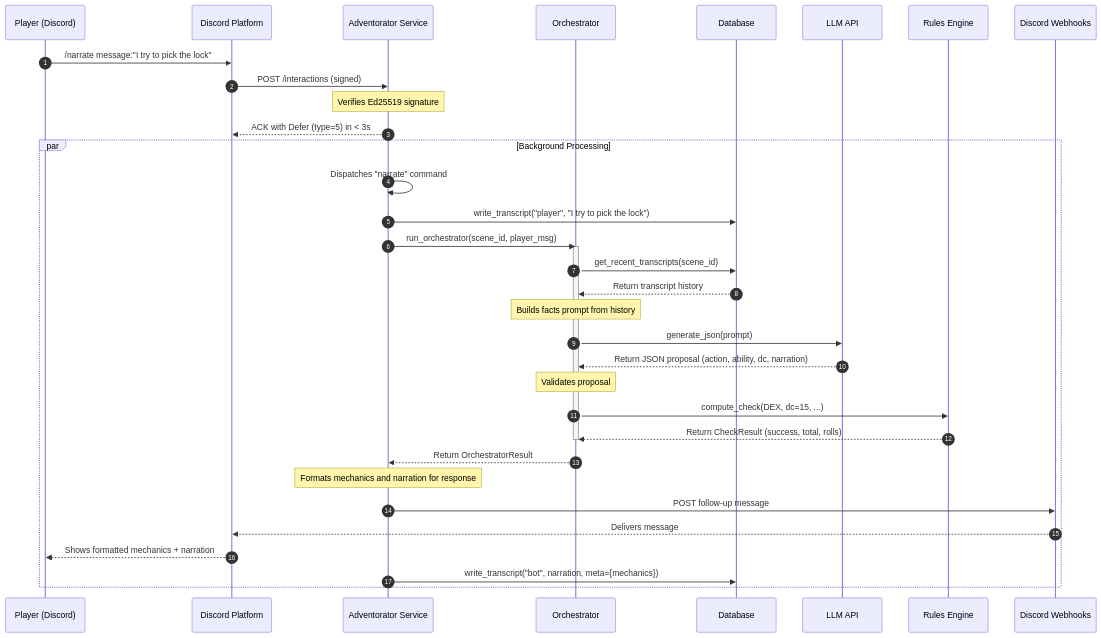
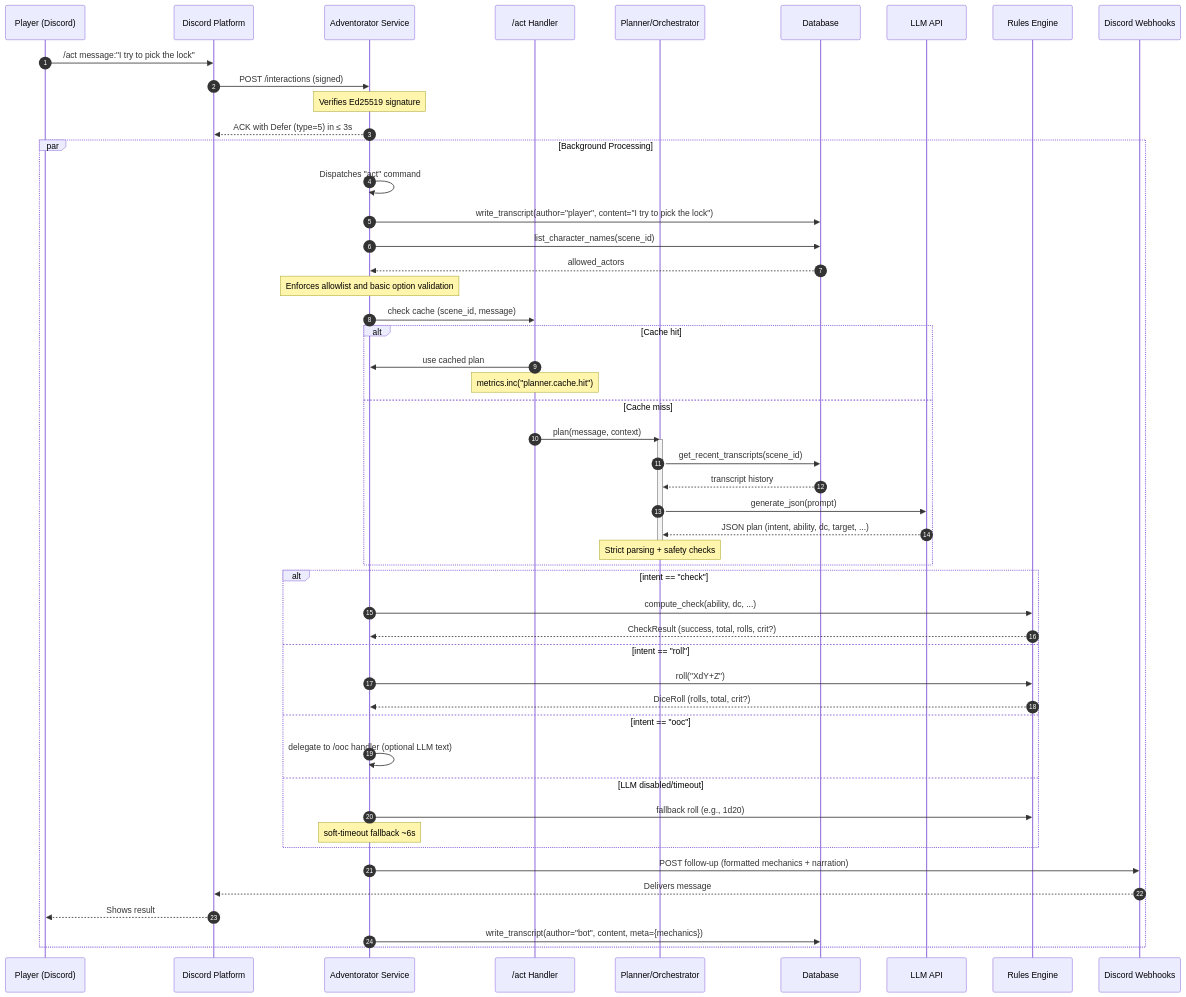
One commit to crashtestbrandt/Adventorator changed the second of 3 diagrams in README.md. Above: the diagram before and after it, drawn with Mermaid. The commit also changed other lines of this file, not shown here.

Commit message:
Diagrams in README

````diff
--- a/README.md
+++ b/README.md
@@ -153,52 +122,64 @@
 ```mermaid
 sequenceDiagram
   autonumber
   participant User as Player (Discord)
   participant Discord as Discord Platform
   participant API as Adventorator Service
-  participant ORCH as Orchestrator
+  participant ACT as /act Handler
+  participant PLAN as Planner/Orchestrator
   participant DB as Database
   participant LLM as LLM API
   participant RULES as Rules Engine
   participant WH as Discord Webhooks
 
-  User->>Discord: /narrate message:"I try to pick the lock"
+  User->>Discord: /act message:"I try to pick the lock"
   Discord->>API: POST /interactions (signed)
   
   Note over API: Verifies Ed25519 signature
 
-  API-->>Discord: ACK with Defer (type=5) in < 3s
+  API-->>Discord: ACK with Defer (type=5) in ≤ 3s
 
   par Background Processing
-    API->>API: Dispatches "narrate" command
-    
-    API->>DB: write_transcript("player", "I try to pick the lock")
+    API->>API: Dispatches "act" command
 
-    API->>ORCH: run_orchestrator(scene_id, player_msg)
-    
-    activate ORCH
-      ORCH->>DB: get_recent_transcripts(scene_id)
-      DB-->>ORCH: Return transcript history
-      
-      Note over ORCH: Builds facts prompt from history
-      
-      ORCH->>LLM: generate_json(prompt)
-      LLM-->>ORCH: Return JSON proposal (action, ability, dc, narration)
-      
-      Note over ORCH: Validates proposal
-      
-      ORCH->>RULES: compute_check(DEX, dc=15, ...)
-      RULES-->>ORCH: Return CheckResult (success, total, rolls)
-    deactivate ORCH
-    
-    ORCH-->>API: Return OrchestratorResult
-    
-    Note over API: Formats mechanics and narration for response
-    
-    API->>WH: POST follow-up message
+    API->>DB: write_transcript(author="player", content="I try to pick the lock")
+
+    API->>DB: list_character_names(scene_id)
+    DB-->>API: allowed_actors
+    Note over API: Enforces allowlist and basic option validation
+
+    API->>ACT: check cache (scene_id, message)
+    alt Cache hit
+      ACT->>API: use cached plan
+      Note over ACT: metrics.inc("planner.cache.hit")
+    else Cache miss
+      ACT->>PLAN: plan(message, context)
+      activate PLAN
+        PLAN->>DB: get_recent_transcripts(scene_id)
+        DB-->>PLAN: transcript history
+        PLAN->>LLM: generate_json(prompt)
+        LLM-->>PLAN: JSON plan (intent, ability, dc, target, ...)
+        Note over PLAN: Strict parsing + safety checks
+      deactivate PLAN
+    end
+
+    alt intent == "check"
+      API->>RULES: compute_check(ability, dc, ...)
+      RULES-->>API: CheckResult (success, total, rolls, crit?)
+    else intent == "roll"
+      API->>RULES: roll("XdY+Z")
+      RULES-->>API: DiceRoll (rolls, total, crit?)
+    else intent == "ooc"
+      API->>API: delegate to /ooc handler (optional LLM text)
+    else LLM disabled/timeout
+      API->>RULES: fallback roll (e.g., 1d20)
+      Note over API: soft-timeout fallback ~6s
+    end
+
+    API->>WH: POST follow-up (formatted mechanics + narration)
     WH-->>Discord: Delivers message
-    Discord-->>User: Shows formatted mechanics + narration
-    
-    API->>DB: write_transcript("bot", narration, meta={mechanics})
+    Discord-->>User: Shows result
+
+    API->>DB: write_transcript(author="bot", content, meta={mechanics})
   end
 ```
````
